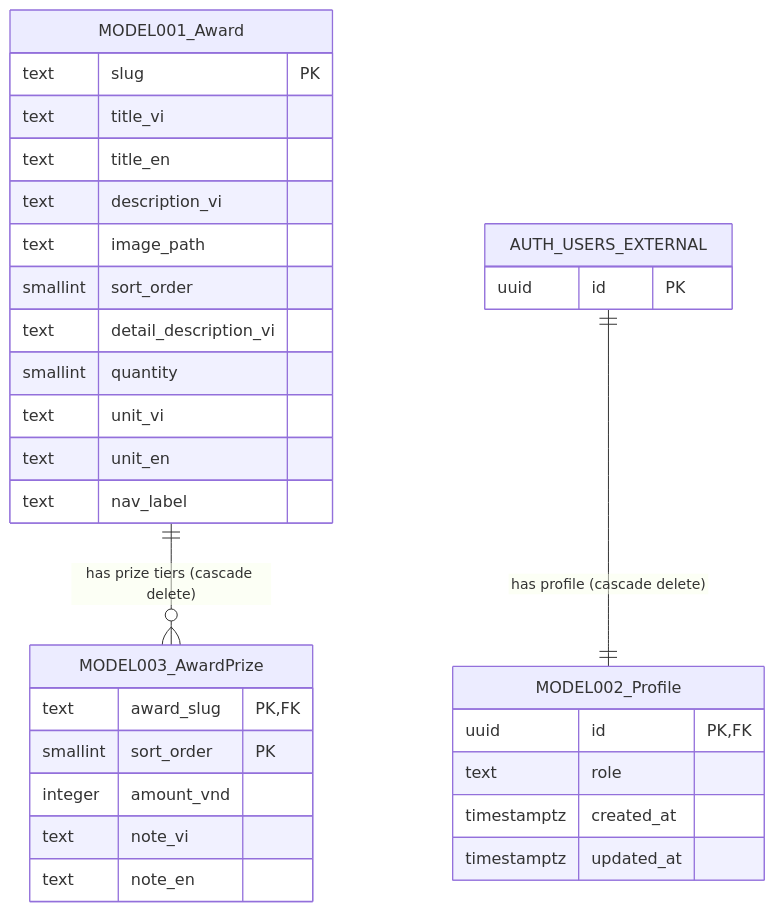
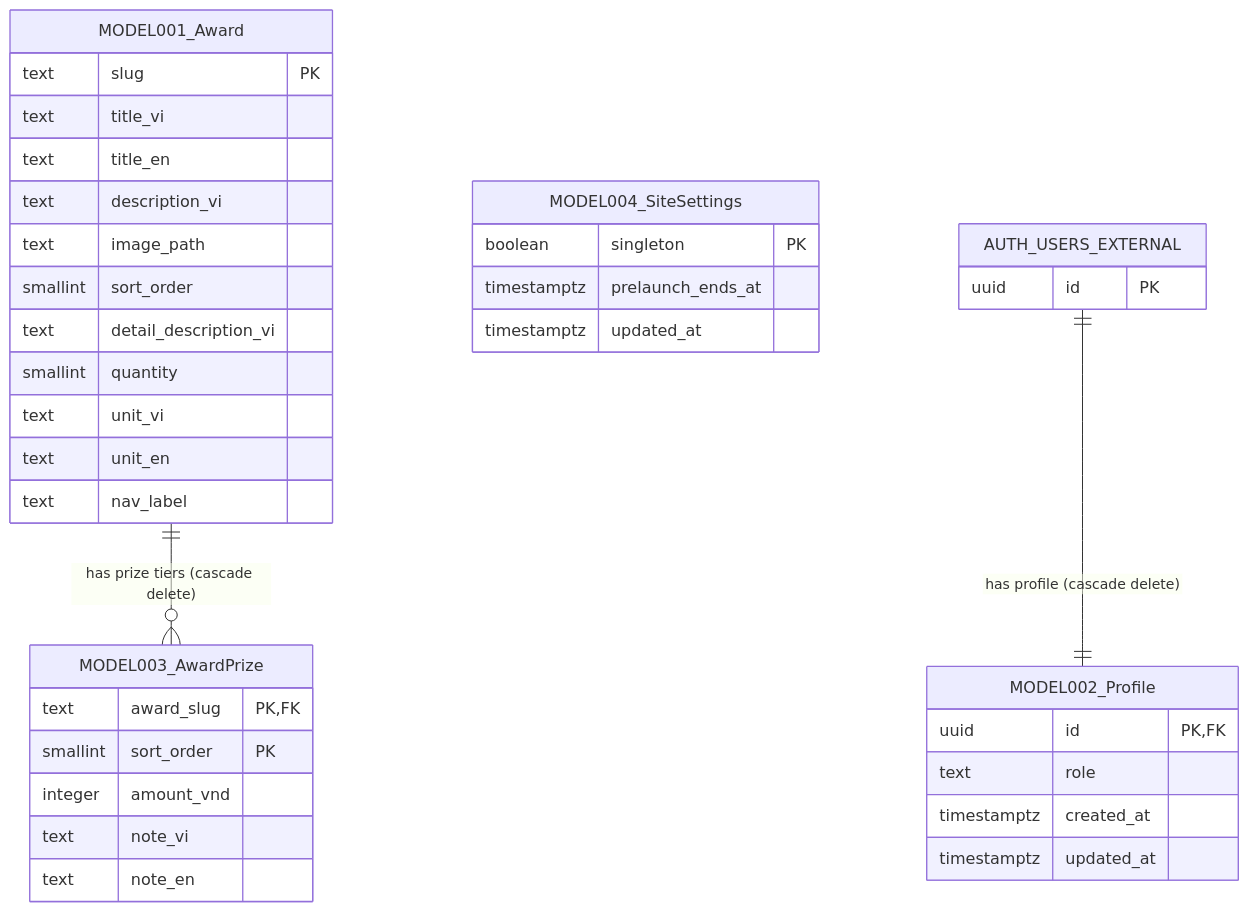
Before and after one commit to lannp-3774/agentic-coding-hands-on: the diagram in docs/generated/entities.md, drawn with Mermaid. The commit also changed other lines of this file and 21 other files, not shown here.

````diff
--- a/docs/generated/entities.md
+++ b/docs/generated/entities.md
@@ -10,34 +10,39 @@
 ```mermaid
 erDiagram
     MODEL001_Award {
         text slug PK
         text title_vi
         text title_en
         text description_vi
         text image_path
         smallint sort_order
         text detail_description_vi
         smallint quantity
         text unit_vi
         text unit_en
         text nav_label
     }
     MODEL003_AwardPrize {
         text award_slug PK, FK
         smallint sort_order PK
         integer amount_vnd
         text note_vi
         text note_en
     }
     MODEL002_Profile {
         uuid id PK, FK
         text role
         timestamptz created_at
         timestamptz updated_at
     }
+    MODEL004_SiteSettings {
+        boolean singleton PK
+        timestamptz prelaunch_ends_at
+        timestamptz updated_at
+    }
     AUTH_USERS_EXTERNAL {
         uuid id PK
     }
     AUTH_USERS_EXTERNAL ||--|| MODEL002_Profile : "has profile (cascade delete)"
     MODEL001_Award ||--o{ MODEL003_AwardPrize : "has prize tiers (cascade delete)"
 ```
````
